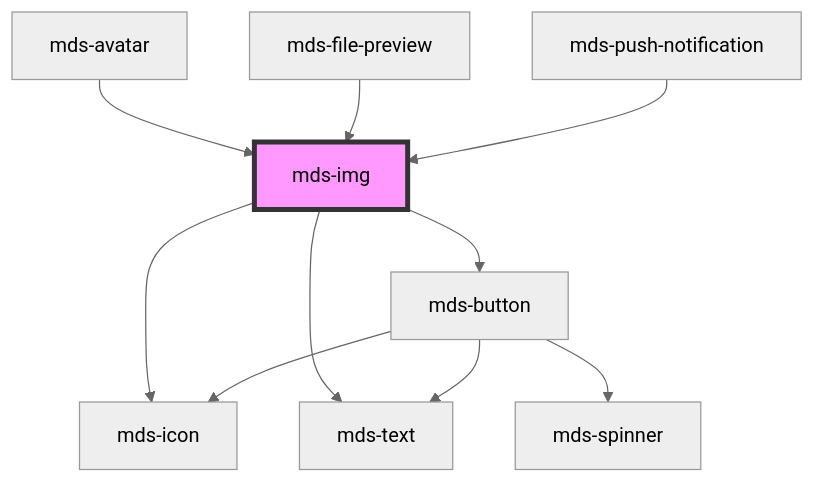
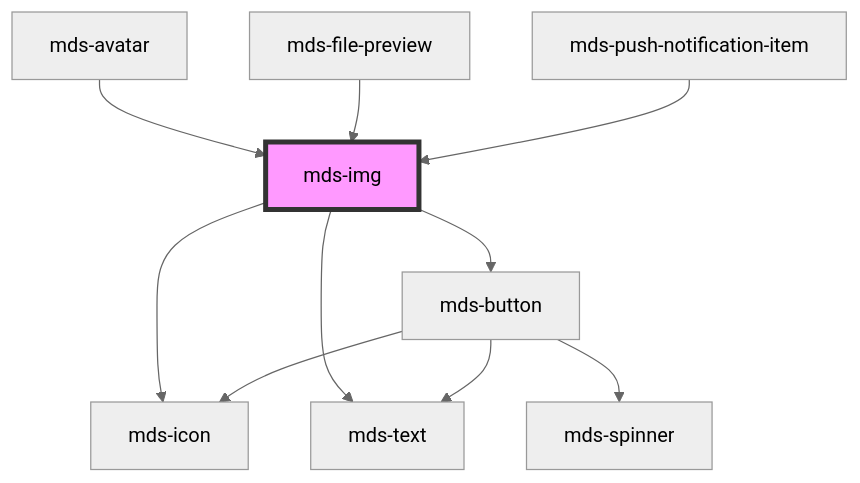
Before and after one commit to magma-design-system/magma: the diagram in projects/stencil/src/components/mds-img/readme.md, drawn with Mermaid (neutral theme). The commit also changed other lines of this file and 4 other files, not shown here.

````diff
--- a/projects/stencil/src/components/mds-img/readme.md
+++ b/projects/stencil/src/components/mds-img/readme.md
@@ -69,13 +69,13 @@
 ```mermaid
 graph TD;
   mds-img --> mds-icon
   mds-img --> mds-text
   mds-img --> mds-button
   mds-button --> mds-spinner
   mds-button --> mds-icon
   mds-button --> mds-text
   mds-avatar --> mds-img
   mds-file-preview --> mds-img
-  mds-push-notification --> mds-img
+  mds-push-notification-item --> mds-img
   style mds-img fill:#f9f,stroke:#333,stroke-width:4px
 ```
````
